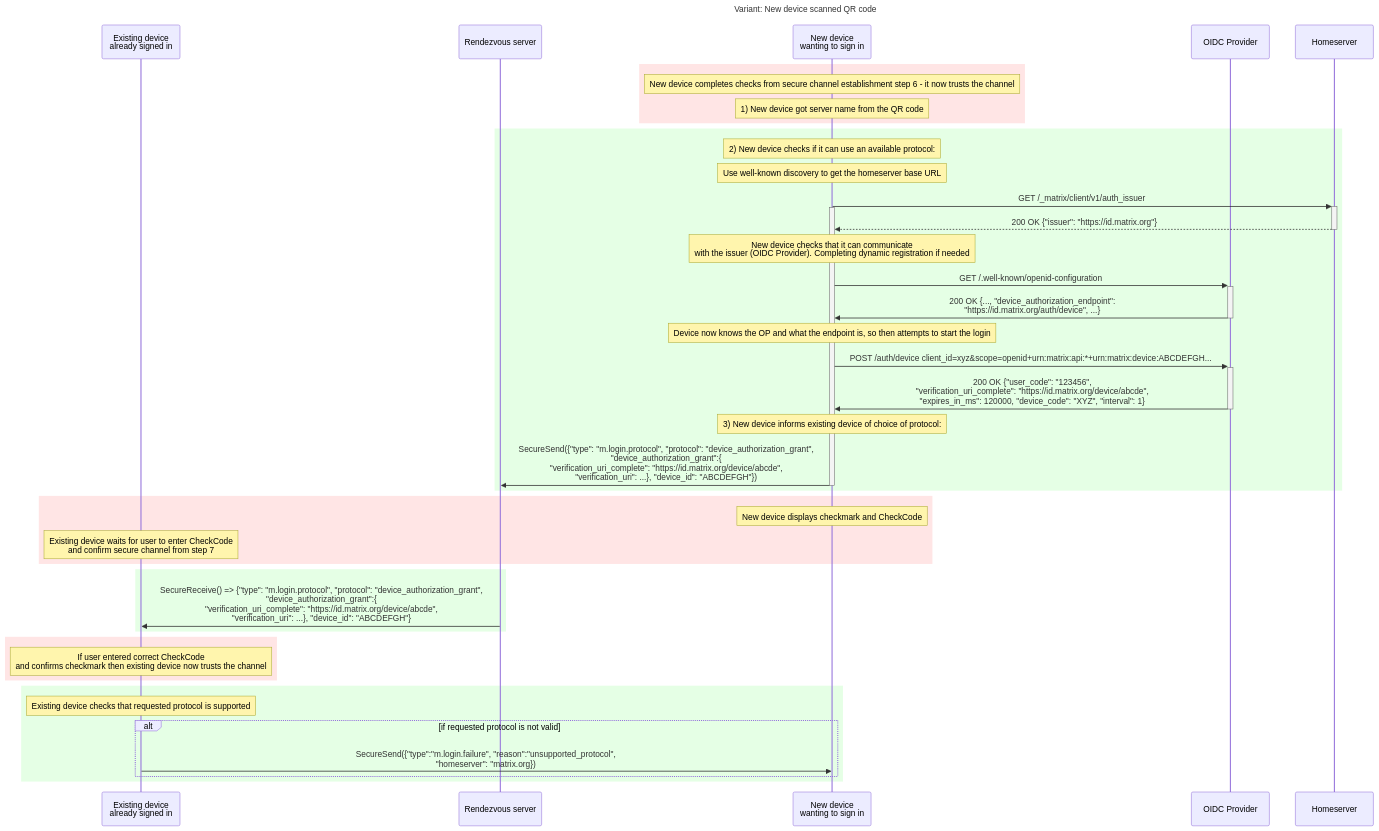
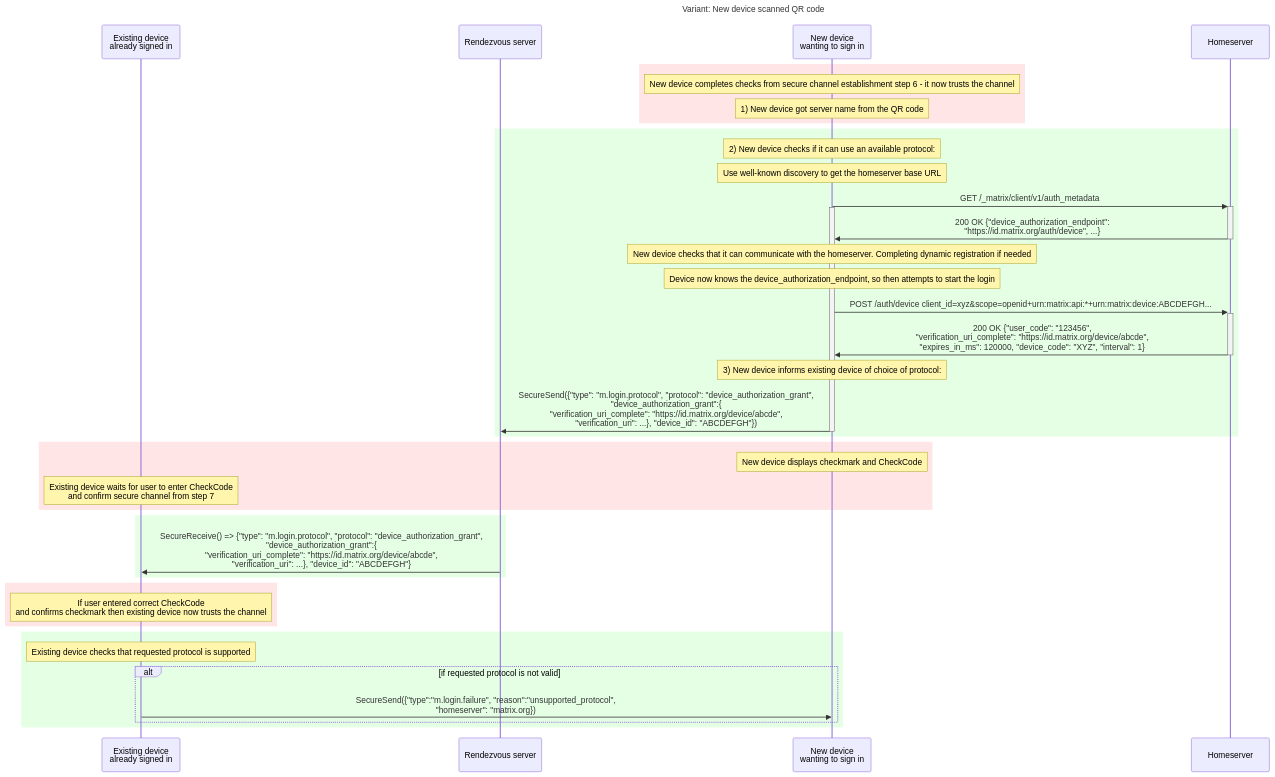
Before and after one commit to matrix-org/matrix-spec-proposals: the third of 6 diagrams in proposals/4108-oidc-qr-login.md, drawn with Mermaid. The commit also changed other lines of this file, not shown here.

````diff
--- a/proposals/4108-oidc-qr-login.md
+++ b/proposals/4108-oidc-qr-login.md
@@ -840,68 +818,65 @@
 ```mermaid
 sequenceDiagram
     title: Variant: New device scanned QR code
     participant E as Existing device <br>already signed in
     participant Z as Rendezvous server
     participant N as New device <br>wanting to sign in
-    participant OP as OIDC Provider
     participant HS as Homeserver
 
 
     rect rgba(255,0,0, 0.1)
     #alt if New device scanned QR code
         note over N: New device completes checks from secure channel establishment step 6 - it now trusts the channel
         note over N: 1) New device got server name from the QR code
 
     #else if Existing device scanned QR code
     #    note over E: Existing device completes step 6
     #    note over E: Existing device displays checkmark and CheckCode
     #    note over E: 1) Existing device sends m.login.protocols message
     #    E->>Z: SecureSend({"type":"m.login.protocols", "protocols":["device_authorization_grant],<br> "homeserver": "matrix.org"})
     #    note over N: New device waits for user to confirm secure channel from step 7
     #    Z->>N: SecureReceive() => {"type":"m.login.protocols", "protocols":["device_authorization_grant],<br> "homeserver": "matrix.org"}
     #    note over N: If user enters the correct CheckCode and confirms checkmark<br>then new device now trusts the channel, and uses the homeserver provided
     end
 
 
     rect rgba(0,255,0, 0.1)
     note over N: 2) New device checks if it can use an available protocol:
     note over N: Use well-known discovery to get the homeserver base URL
-        N->>+HS: GET /_matrix/client/v1/auth_issuer
+        N->>+HS: GET /_matrix/client/v1/auth_metadata
     activate N
-        HS-->>-N: 200 OK {"issuer": "https://id.matrix.org"}
-        Note over N: New device checks that it can communicate<br> with the issuer (OIDC Provider). Completing dynamic registration if needed 
-        N->>+OP: GET /.well-known/openid-configuration
-        OP->>-N: 200 OK {..., "device_authorization_endpoint":<br> "https://id.matrix.org/auth/device", ...}
-        Note over N: Device now knows the OP and what the endpoint is, so then attempts to start the login
-        N->>+OP: POST /auth/device client_id=xyz&scope=openid+urn:matrix:api:*+urn:matrix:device:ABCDEFGH...
-        OP->>-N: 200 OK {"user_code": "123456",<br>"verification_uri_complete": "https://id.matrix.org/device/abcde",<br>"expires_in_ms": 120000, "device_code": "XYZ", "interval": 1}
+        HS->>-N: 200 OK {"device_authorization_endpoint":<br> "https://id.matrix.org/auth/device", ...}
+        Note over N: New device checks that it can communicate with the homeserver. Completing dynamic registration if needed
+        Note over N: Device now knows the device_authorization_endpoint, so then attempts to start the login
+        N->>+HS: POST /auth/device client_id=xyz&scope=openid+urn:matrix:api:*+urn:matrix:device:ABCDEFGH...
+        HS->>-N: 200 OK {"user_code": "123456",<br>"verification_uri_complete": "https://id.matrix.org/device/abcde",<br>"expires_in_ms": 120000, "device_code": "XYZ", "interval": 1}
         note over N: 3) New device informs existing device of choice of protocol:
         N->>Z: SecureSend({"type": "m.login.protocol", "protocol": "device_authorization_grant",<br> "device_authorization_grant":{<br>"verification_uri_complete": "https://id.matrix.org/device/abcde",<br>"verification_uri": ...}, "device_id": "ABCDEFGH"})
 
     deactivate N
     end
 
     rect rgba(255,0,0, 0.1)
     # alt if New device scanned QR code
         note over N: New device displays checkmark and CheckCode
         note over E: Existing device waits for user to enter CheckCode<br>and confirm secure channel from step 7
     end
 
     rect rgba(0,255,0, 0.1)
         Z->>E: SecureReceive() => {"type": "m.login.protocol", "protocol": "device_authorization_grant",<br> "device_authorization_grant":{<br>"verification_uri_complete": "https://id.matrix.org/device/abcde",<br>"verification_uri": ...}, "device_id": "ABCDEFGH"}
     end
 
     rect rgba(255,0,0, 0.1)
     # alt if New device scanned QR code
         note over E: If user entered correct CheckCode<br>and confirms checkmark then existing device now trusts the channel
     end
 
 
     rect rgba(0,255,0, 0.1)
     note over E: Existing device checks that requested protocol is supported
 
     alt if requested protocol is not valid
         E->>N: SecureSend({"type":"m.login.failure", "reason":"unsupported_protocol",<br>"homeserver": "matrix.org})
     end
     end
 ```
````
